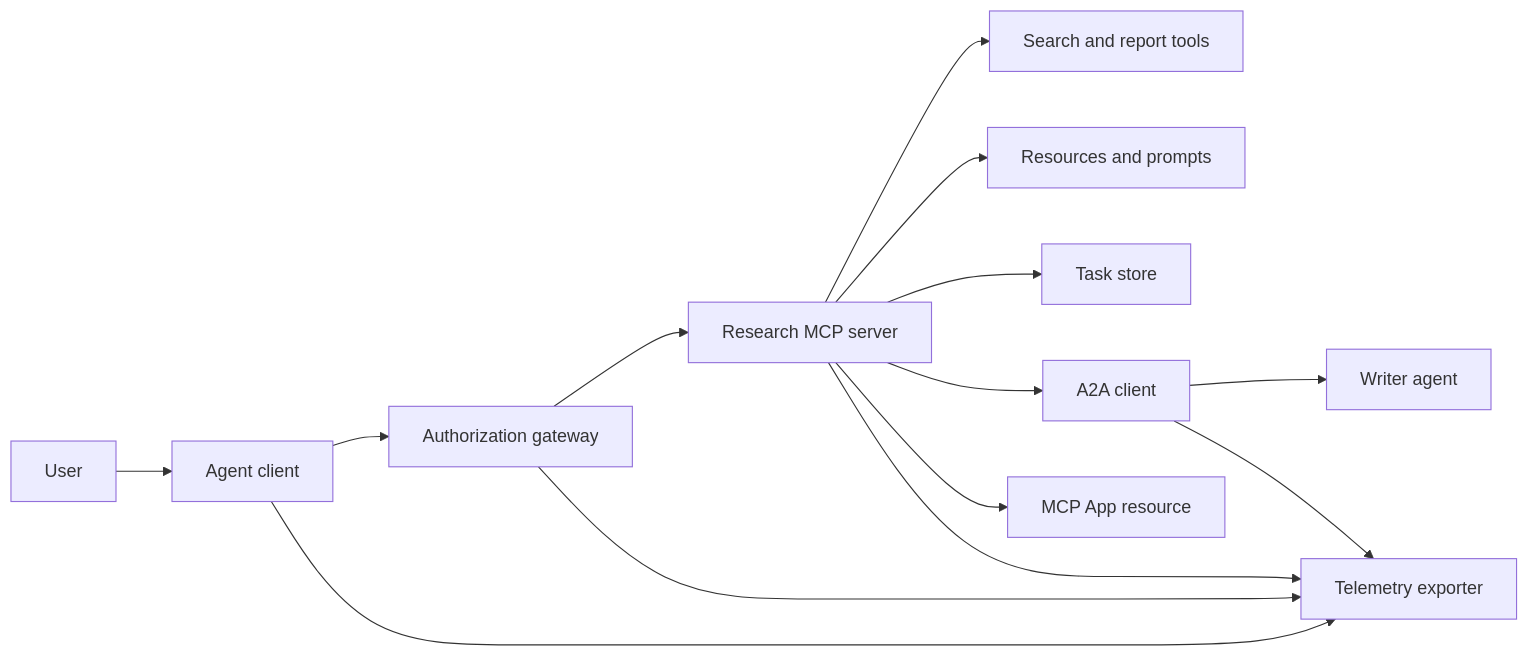
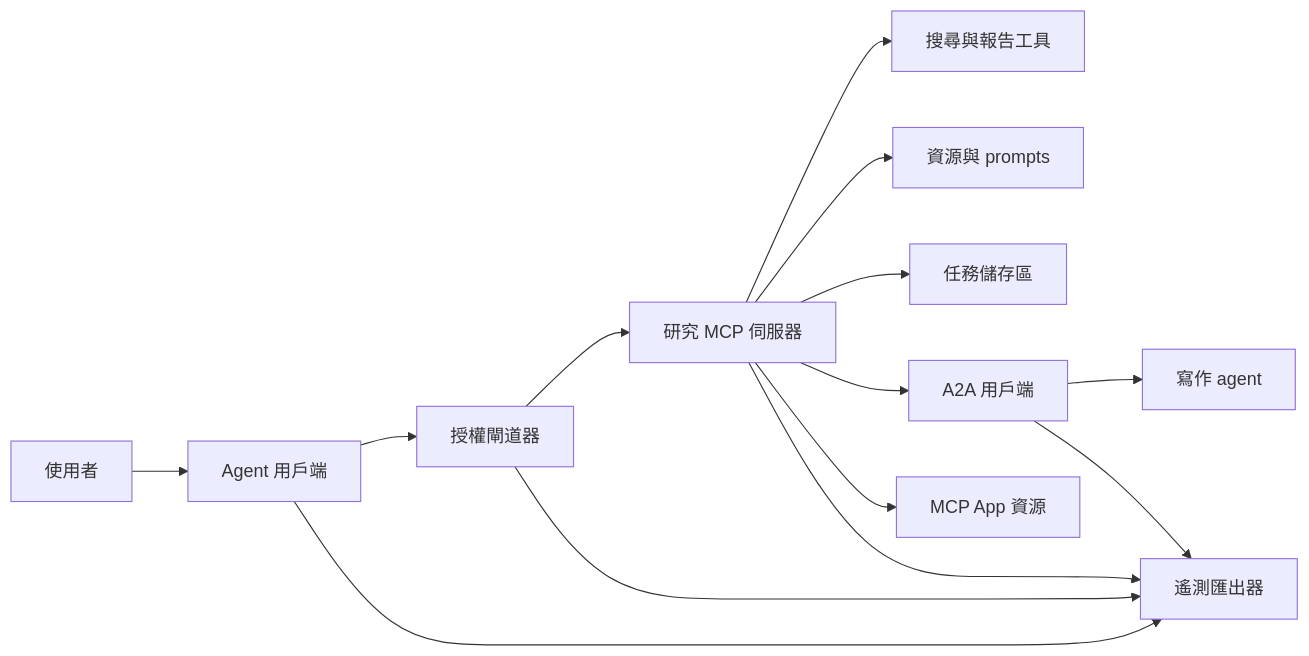
The first of 3 diagrams in i18n/zh-TW/phases/13-tools-and-protocols/23-capstone-tool-ecosystem/docs/zh-TW.md (edward821220/ai-engineering-from-scratch), drawn with Mermaid before and after one commit. The commit also changed other lines of this file and 26 other files, not shown here.

````diff
--- a/i18n/zh-TW/phases/13-tools-and-protocols/23-capstone-tool-ecosystem/docs/zh-TW.md
+++ b/i18n/zh-TW/phases/13-tools-and-protocols/23-capstone-tool-ecosystem/docs/zh-TW.md
@@ -41,16 +41,16 @@
 ```mermaid
 flowchart LR
-  U[User] --> C[Agent client]
-  C --> G[Authorization gateway]
-  G --> M[Research MCP server]
-  M --> T[Search and report tools]
-  M --> R[Resources and prompts]
-  M --> Q[Task store]
-  M --> A[A2A client]
-  A --> W[Writer agent]
-  M --> UI[MCP App resource]
-  C --> O[Telemetry exporter]
+  U[使用者] --> C[Agent 用戶端]
+  C --> G[授權閘道器]
+  G --> M[研究 MCP 伺服器]
+  M --> T[搜尋與報告工具]
+  M --> R[資源與 prompts]
+  M --> Q[任務儲存區]
+  M --> A[A2A 用戶端]
+  A --> W[寫作 agent]
+  M --> UI[MCP App 資源]
+  C --> O[遙測匯出器]
   G --> O
   M --> O
   A --> O
 ```
````
